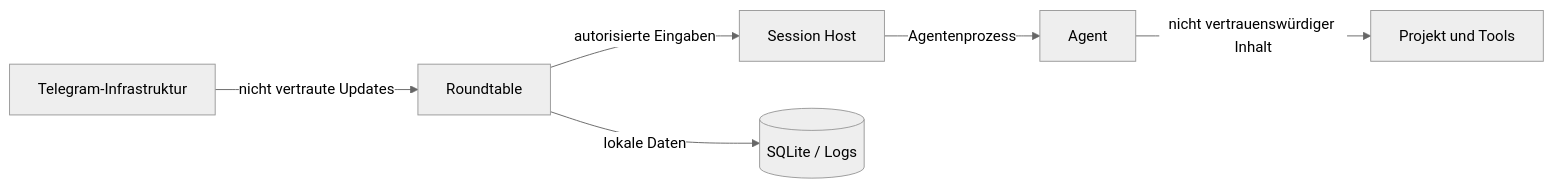
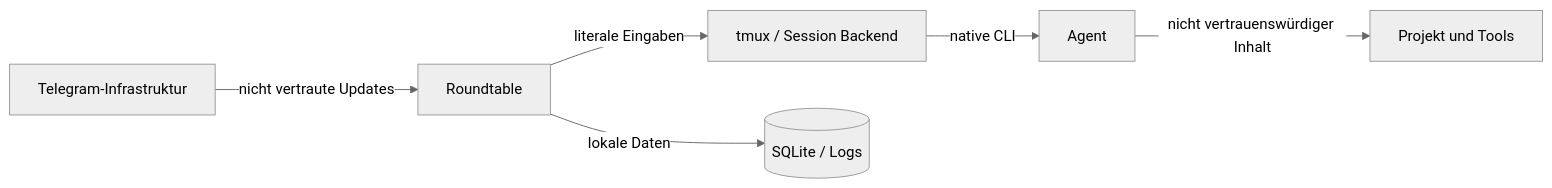
The diagram in docs/07-security-and-operations.md (rogertobler/roundtable), drawn with Mermaid (neutral theme) before and after one commit. The commit also changed other lines of this file and 12 other files, not shown here.

Commit message:
docs: define native CLI tunnel architecture

````diff
--- a/docs/07-security-and-operations.md
+++ b/docs/07-security-and-operations.md
@@ -117,8 +117,8 @@
 ```mermaid
 flowchart LR
     TG[Telegram-Infrastruktur] -->|nicht vertraute Updates| RT[Roundtable]
-    RT -->|autorisierte Eingaben| SH[Session Host]
-    SH -->|Agentenprozess| AG[Agent]
+    RT -->|literale Eingaben| TM[tmux / Session Backend]
+    TM -->|native CLI| AG[Agent]
     AG -->|nicht vertrauenswürdiger Inhalt| PR[Projekt und Tools]
     RT -->|lokale Daten| DB[(SQLite / Logs)]
 ```
````
